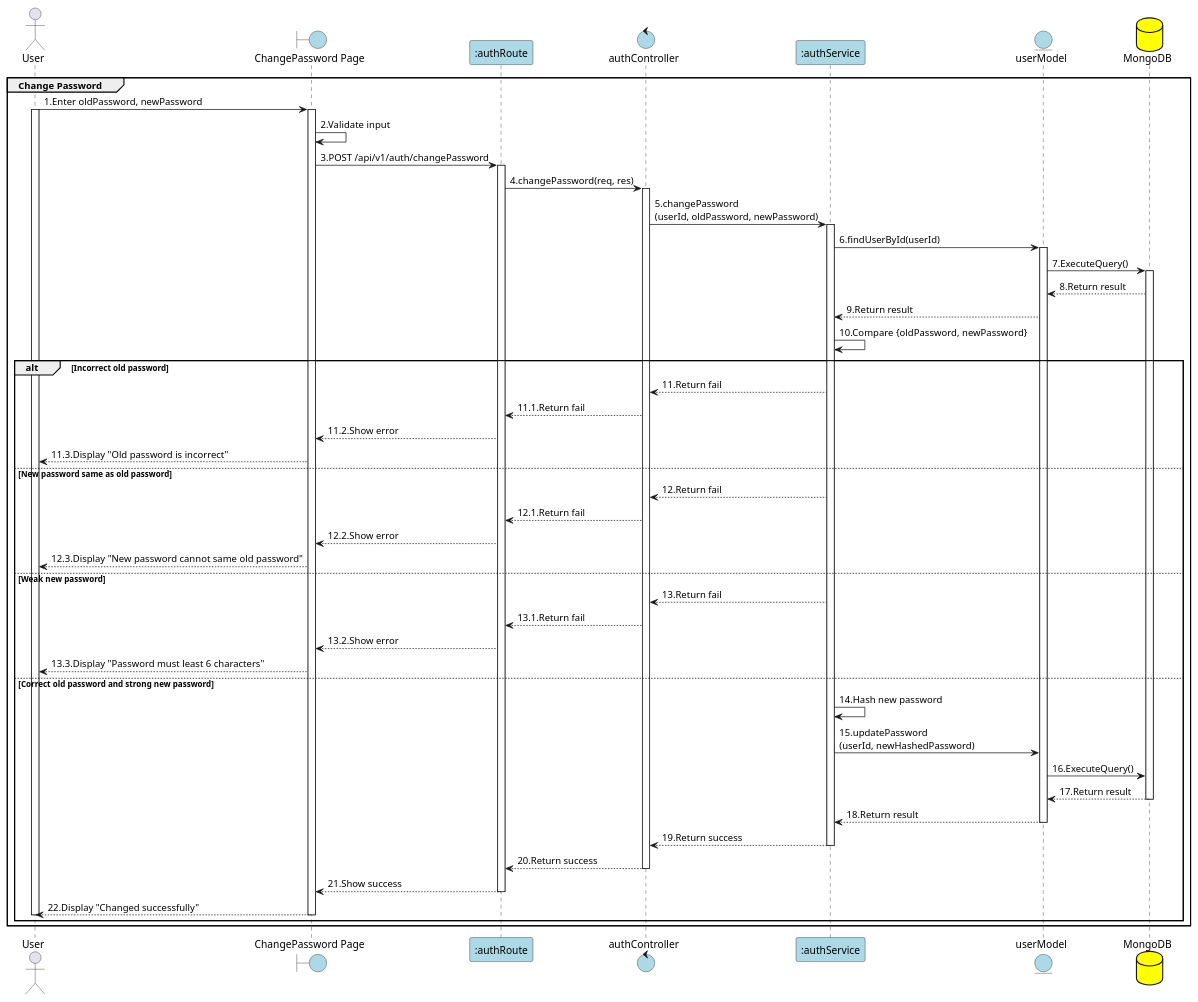
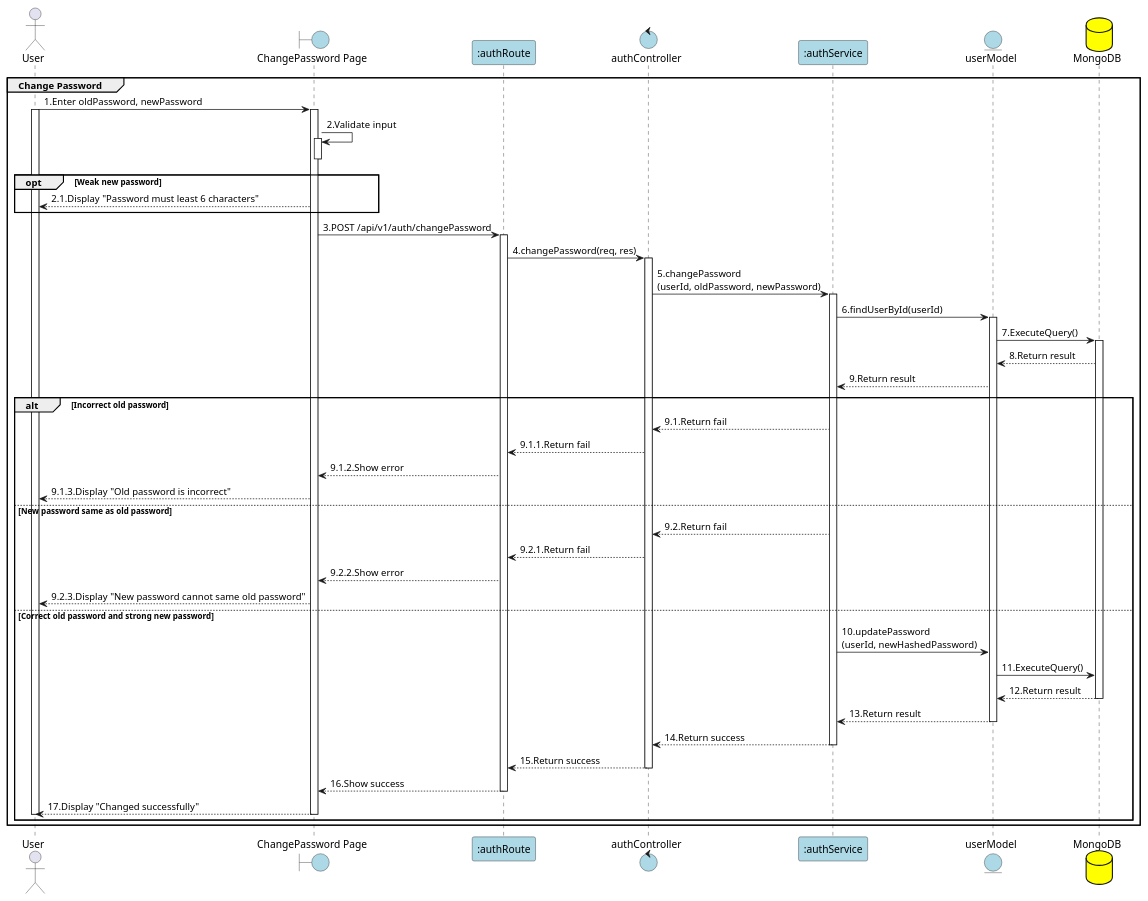
Before and after one commit to Aohkne/CaloCook: the diagram in PlanUML/2_changePassword.puml, drawn with PlantUML. The commit also changed 17 other files, not shown here.

```diff
--- a/PlanUML/2_changePassword.puml
+++ b/PlanUML/2_changePassword.puml
@@ -1,80 +1,79 @@
 @startuml changePassword
 
 actor User as "User"
 boundary "ChangePassword Page" as View #lightblue
 participant ":authRoute" as Route #lightblue
 control "authController" as Controller #lightblue
 participant ":authService" as Service #lightblue
 entity "userModel" as Model #lightblue
 database "MongoDB" as MongoDB #yellow
 
 group Change Password
 User -> View: 1.Enter oldPassword, newPassword
 activate View
 activate User
 
 View -> View: 2.Validate input
+activate View
+deactivate View
+
+opt Weak new password
+    View --> User: 2.1.Display "Password must least 6 characters"
+end
+
 View -> Route: 3.POST /api/v1/auth/changePassword
 activate Route
 
 Route -> Controller: 4.changePassword(req, res)
 activate Controller
 
 Controller -> Service: 5.changePassword\n(userId, oldPassword, newPassword)
 activate Service
 
 Service -> Model: 6.findUserById(userId)
 activate Model
 
 Model -> MongoDB: 7.ExecuteQuery()
 activate MongoDB
 MongoDB --> Model: 8.Return result
 
 Model --> Service: 9.Return result
 
-Service -> Service: 10.Compare {oldPassword, newPassword}
 
 alt Incorrect old password
-    Service --> Controller: 11.Return fail 
-    Controller --> Route: 11.1.Return fail
-    Route --> View: 11.2.Show error
-    View --> User: 11.3.Display "Old password is incorrect"
+    Service --> Controller: 9.1.Return fail 
+    Controller --> Route: 9.1.1.Return fail
+    Route --> View: 9.1.2.Show error
+    View --> User: 9.1.3.Display "Old password is incorrect"
 
 else New password same as old password
-    Service --> Controller: 12.Return fail 
-    Controller --> Route: 12.1.Return fail
-    Route --> View: 12.2.Show error
-    View --> User: 12.3.Display "New password cannot same old password"
-
-else Weak new password
-    Service --> Controller: 13.Return fail 
-    Controller --> Route: 13.1.Return fail
-    Route --> View: 13.2.Show error
-    View --> User: 13.3.Display "Password must least 6 characters"
+    Service --> Controller: 9.2.Return fail
+    Controller --> Route: 9.2.1.Return fail
+    Route --> View: 9.2.2.Show error
+    View --> User: 9.2.3.Display "New password cannot same old password"
 
 else Correct old password and strong new password
-    Service -> Service: 14.Hash new password
-    Service -> Model: 15.updatePassword\n(userId, newHashedPassword)
+    Service -> Model: 10.updatePassword\n(userId, newHashedPassword)
 
-    Model -> MongoDB: 16.ExecuteQuery()
-    MongoDB --> Model: 17.Return result
+    Model -> MongoDB: 11.ExecuteQuery()
+    MongoDB --> Model: 12.Return result
     deactivate MongoDB
 
-    Model --> Service: 18.Return result
+    Model --> Service: 13.Return result
     deactivate Model
 
-    Service --> Controller: 19.Return success
+    Service --> Controller: 14.Return success
     deactivate Service
 
-    Controller --> Route: 20.Return success
+    Controller --> Route: 15.Return success
     deactivate Controller
 
-    Route --> View: 21.Show success
+    Route --> View: 16.Show success
     deactivate Route
 
-    View --> User: 22.Display "Changed successfully"
+    View --> User: 17.Display "Changed successfully"
     deactivate View
     deactivate User
 end
 end 
 @enduml
```
